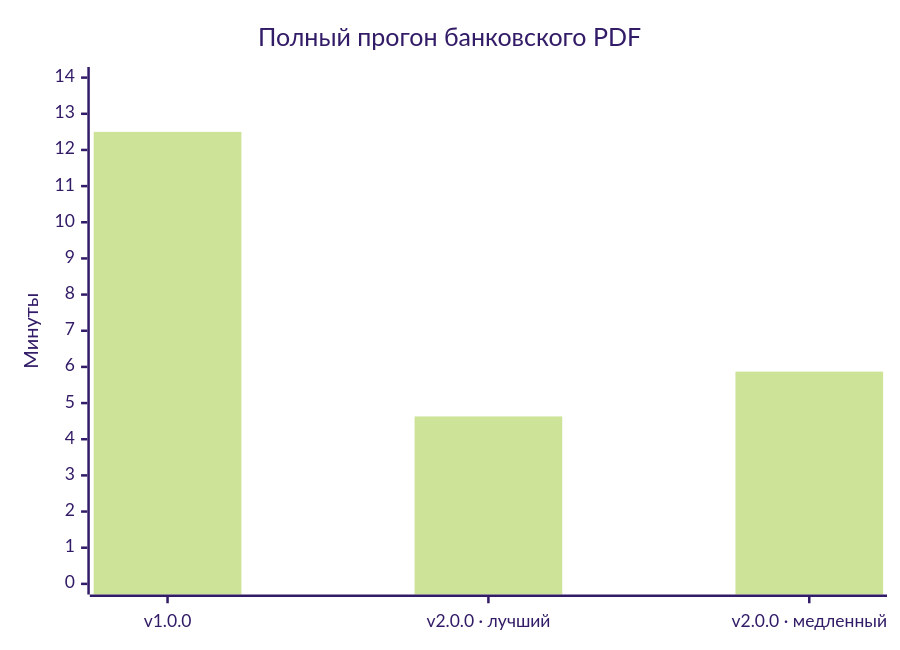
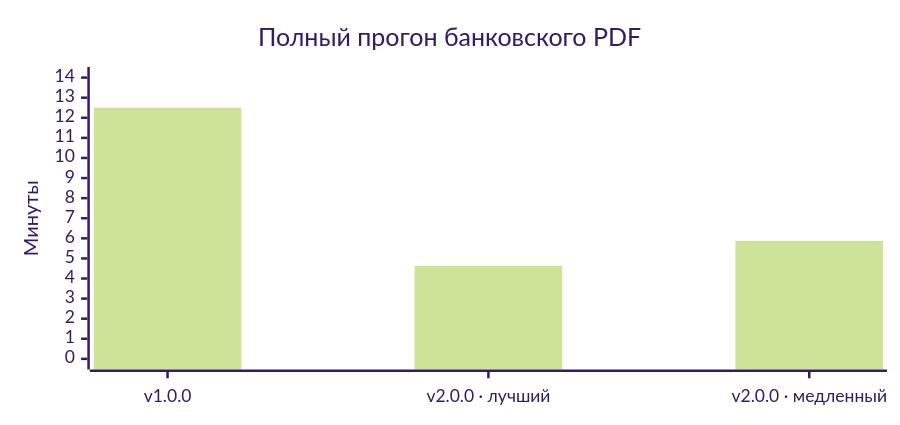
Before and after one commit to beriktassuly/requirements-validator: the second of 2 diagrams in README.md, drawn with Mermaid (forest theme). The commit also changed other lines of this file, not shown here.

Commit message:
docs: make release diagrams compact

````diff
--- a/README.md
+++ b/README.md
@@ -53,7 +53,12 @@
 ```mermaid
+---
+config:
+  xyChart:
+    height: 320
+---
 xychart-beta
   title "Полный прогон банковского PDF"
   x-axis ["v1.0.0", "v2.0.0 · лучший", "v2.0.0 · медленный"]
   y-axis "Минуты" 0 --> 14
   bar [12.5, 4.63, 5.87]
 ```
````
